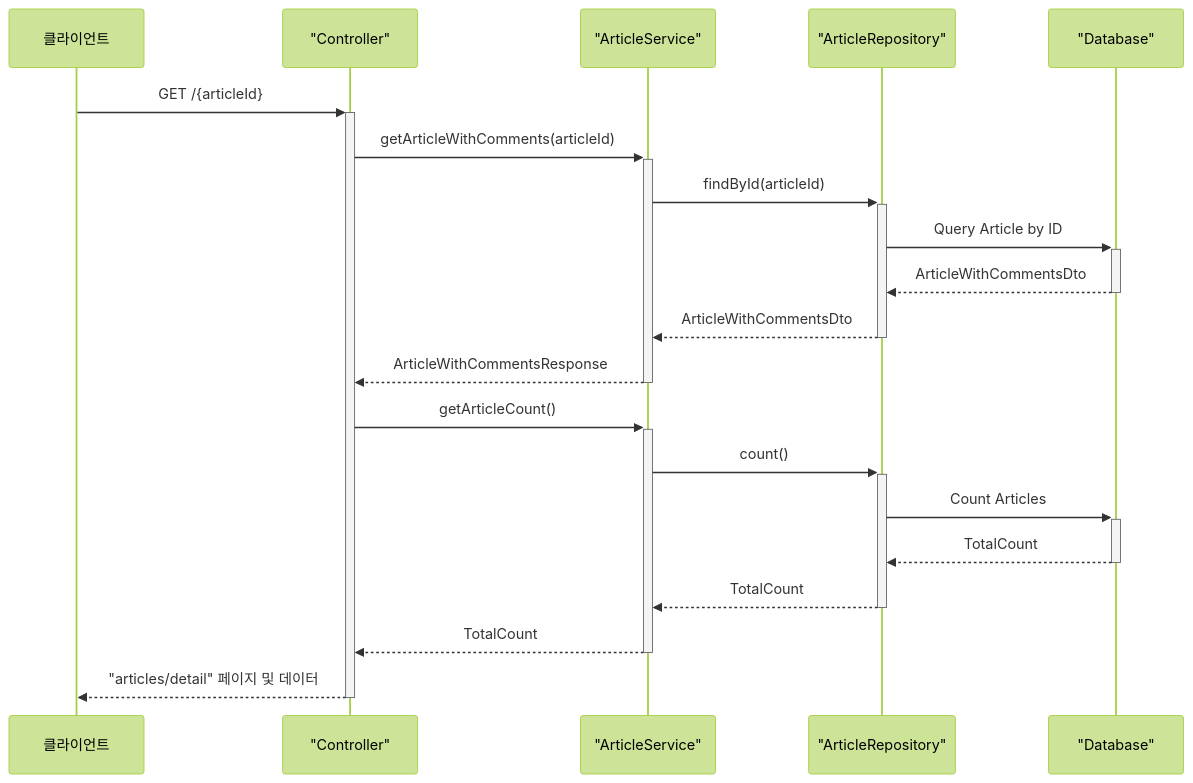
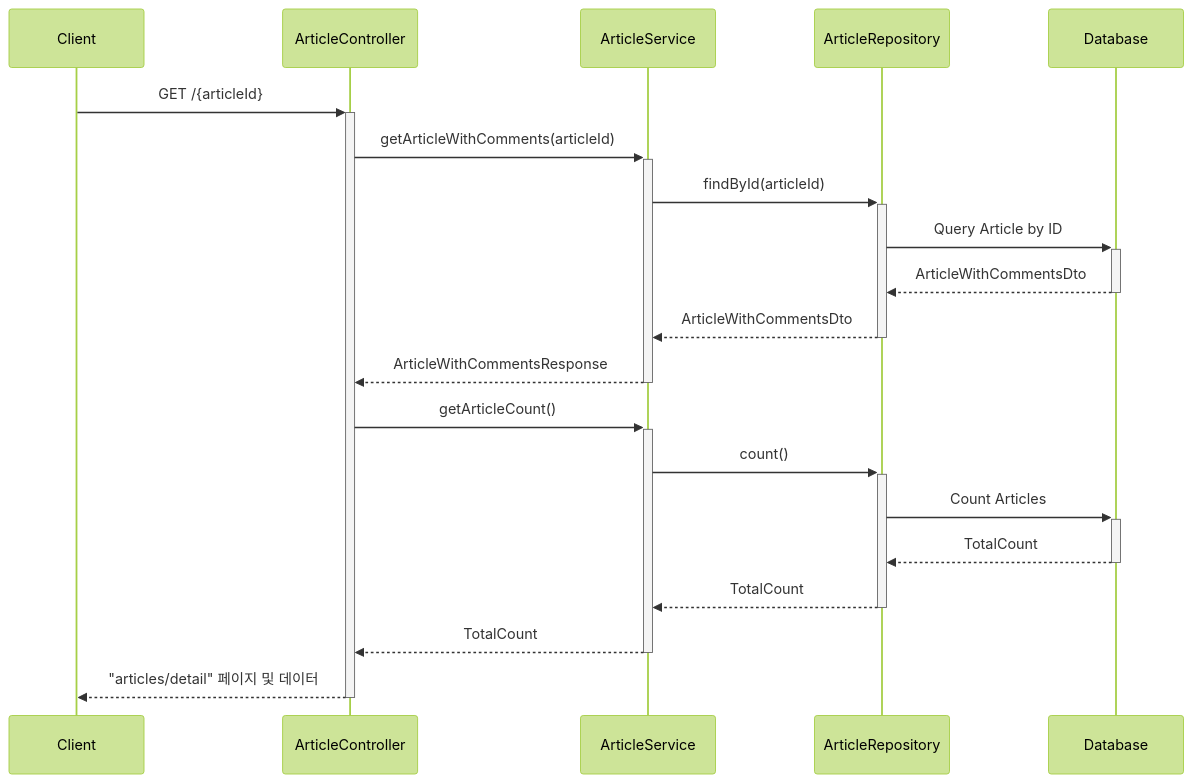
Before and after one commit to flyingRKO/study-project: the fourth of 9 diagrams in README.md, drawn with Mermaid (forest theme). The commit also changed other lines of this file, not shown here.

````diff
--- a/README.md
+++ b/README.md
@@ -134,23 +124,23 @@
 ```mermaid
 sequenceDiagram
-    participant 클라이언트
-    participant 컨트롤러 as "Controller"
-    participant 아티클서비스 as "ArticleService"
-    participant 아티클리포지토리 as "ArticleRepository"
-    participant 데이터베이스 as "Database"
+    participant 클라이언트 as Client
+    participant 컨트롤러 as ArticleController
+    participant 아티클서비스 as ArticleService
+    participant 아티클리포지토리 as ArticleRepository
+    participant 데이터베이스 as Database
 
     클라이언트->>+컨트롤러: GET /{articleId}
     컨트롤러->>+아티클서비스: getArticleWithComments(articleId)
     아티클서비스->>+아티클리포지토리: findById(articleId)
     아티클리포지토리->>+데이터베이스: Query Article by ID
     데이터베이스-->>-아티클리포지토리: ArticleWithCommentsDto
     아티클리포지토리-->>-아티클서비스: ArticleWithCommentsDto
     아티클서비스-->>-컨트롤러: ArticleWithCommentsResponse
     컨트롤러->>+아티클서비스: getArticleCount()
     아티클서비스->>+아티클리포지토리: count()
     아티클리포지토리->>+데이터베이스: Count Articles
     데이터베이스-->>-아티클리포지토리: TotalCount
     아티클리포지토리-->>-아티클서비스: TotalCount
     아티클서비스-->>-컨트롤러: TotalCount
     컨트롤러-->>-클라이언트: "articles/detail" 페이지 및 데이터
 ```
````
